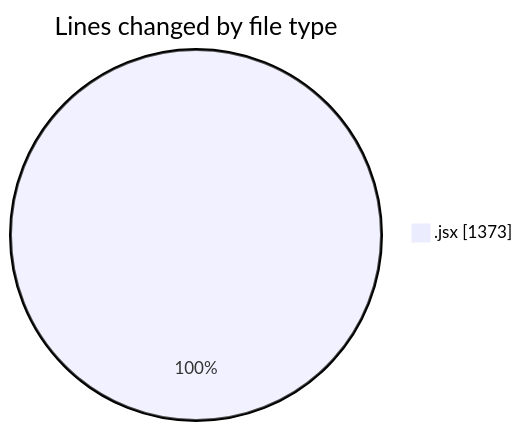
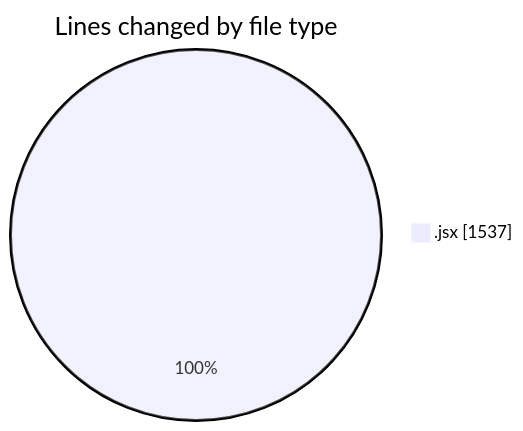
Before and after one commit to nxtqubesakshisongat/code-tracking: the first of 2 diagrams in 2025-11-17/nxtqube_webapp/README.md, drawn with Mermaid. The commit also changed other lines of this file and 1 other file, not shown here.

````diff
--- a/2025-11-17/nxtqube_webapp/README.md
+++ b/2025-11-17/nxtqube_webapp/README.md
@@ -20,5 +20,5 @@
 ```mermaid
 pie showData
 title Lines changed by file type
-".jsx" : 1373
+".jsx" : 1537
 ```
````
